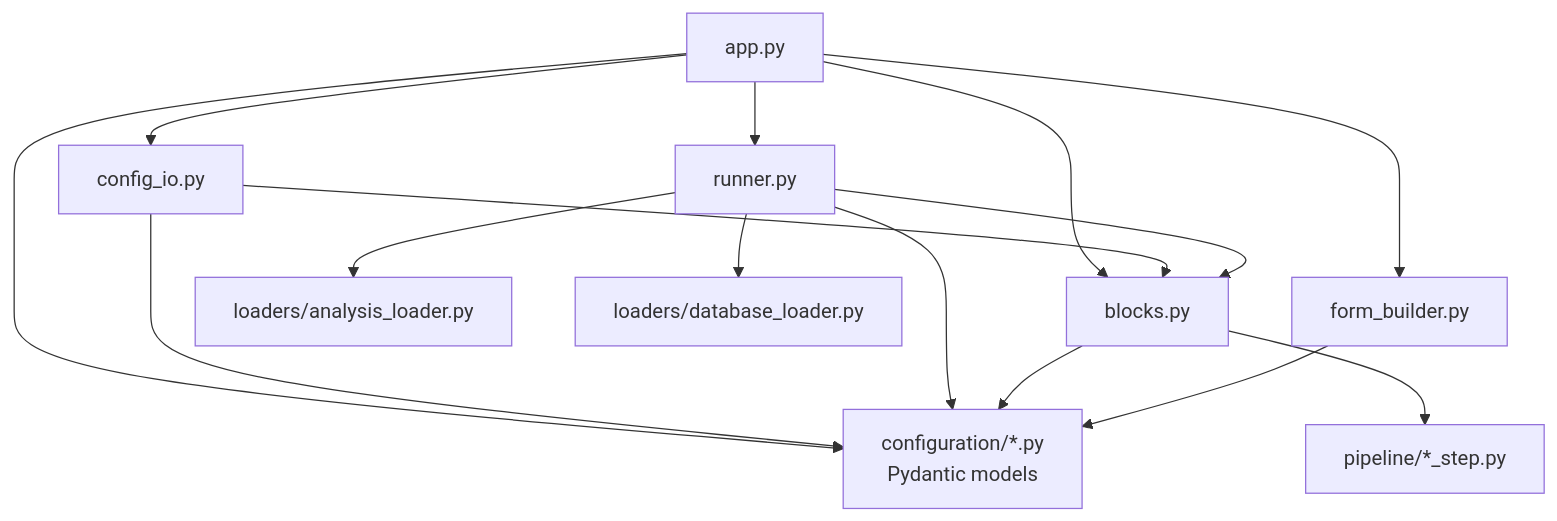
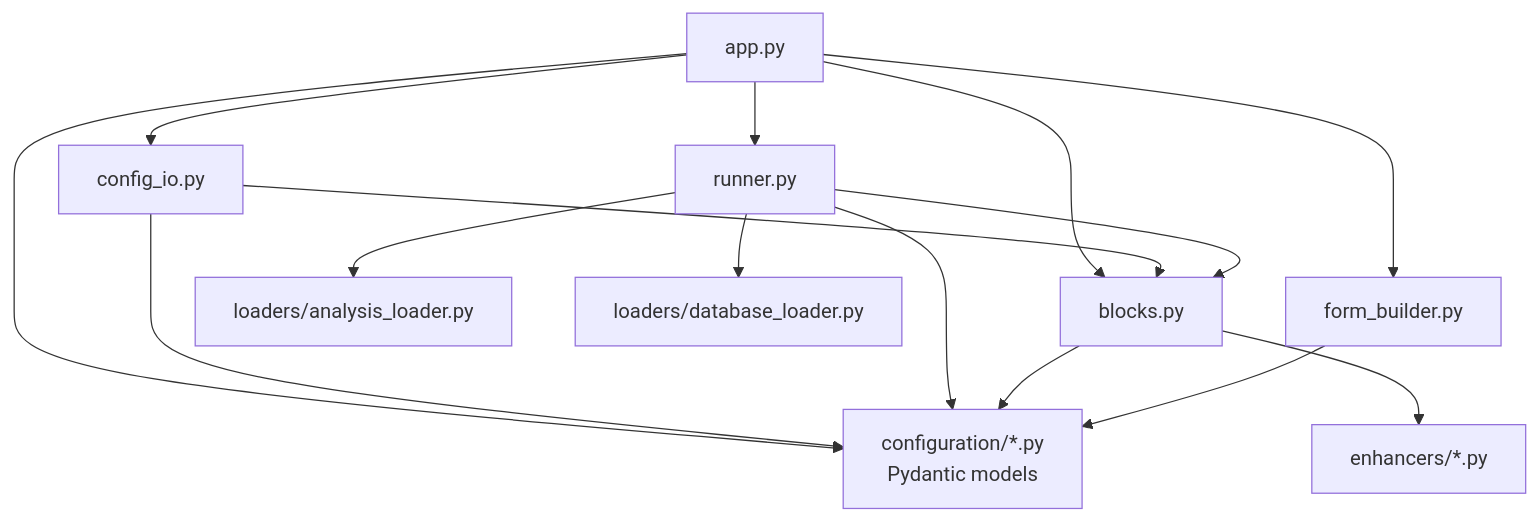
One commit to llegregam/enpkg_full changed the second of 3 diagrams in enpkg/monolith/gui/ARCHITECTURE.md. Above: the diagram before and after it, drawn with Mermaid. The commit also changed other lines of this file and 23 other files, not shown here.

````diff
--- a/enpkg/monolith/gui/ARCHITECTURE.md
+++ b/enpkg/monolith/gui/ARCHITECTURE.md
@@ -250,32 +261,32 @@
 ```mermaid
 flowchart TD
     app[app.py]
     blocks[blocks.py]
     form[form_builder.py]
     io[config_io.py]
     runner[runner.py]
 
     config[configuration/*.py<br/>Pydantic models]
-    steps[pipeline/*_step.py]
+    enhancers[enhancers/*.py]
     loader[loaders/analysis_loader.py]
     dbloader[loaders/database_loader.py]
 
     app --> form
     app --> io
     app --> runner
     app --> blocks
     app --> config
 
     io --> blocks
     io --> config
 
     runner --> blocks
     runner --> loader
     runner --> dbloader
     runner --> config
 
-    blocks --> steps
+    blocks --> enhancers
     blocks --> config
 
     form --> config
 ```
````
